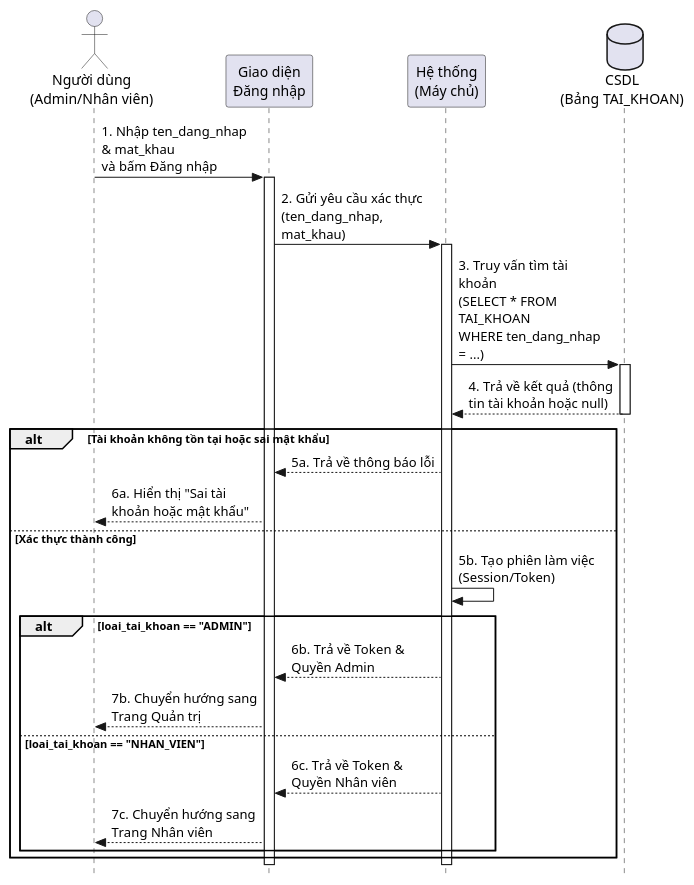
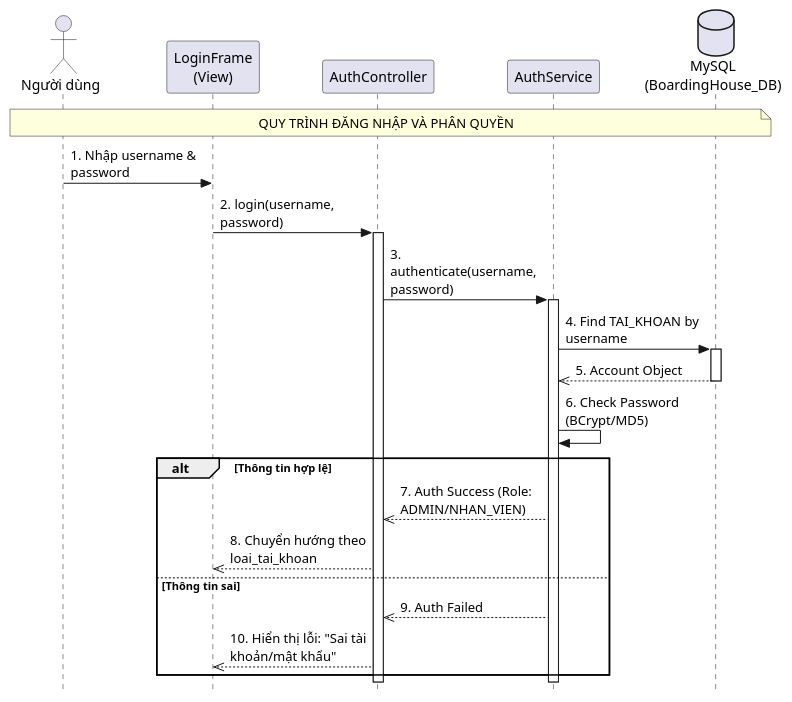
One commit to ongming/Boarding-House-Management-System changed the diagram in src/main/java/com/example/house/uml/sequence/sequence_login.puml. Above: the diagram before and after it, drawn with PlantUML. The commit also changed 25 other files, not shown here.

Commit message:
Cập nhật UML chuẩn

```diff
--- a/src/main/java/com/example/house/uml/sequence/sequence_login.puml
+++ b/src/main/java/com/example/house/uml/sequence/sequence_login.puml
@@ -1,38 +1,37 @@
 @startuml
 skinparam style strictuml
 skinparam maxMessageSize 150
 
-actor "Người dùng\n(Admin/Nhân viên)" as User
-participant "Giao diện\nĐăng nhập" as UI
-participant "Hệ thống\n(Máy chủ)" as Server
-database "CSDL\n(Bảng TAI_KHOAN)" as DB
+actor "Người dùng" as User
+participant "LoginFrame\n(View)" as View
+participant "AuthController" as Controller
+participant "AuthService" as Service
+database "MySQL\n(BoardingHouse_DB)" as DB
 
-User -> UI : 1. Nhập ten_dang_nhap & mat_khau\nvà bấm Đăng nhập
-activate UI
+Note over User, DB: QUY TRÌNH ĐĂNG NHẬP VÀ PHÂN QUYỀN
 
-UI -> Server : 2. Gửi yêu cầu xác thực\n(ten_dang_nhap, mat_khau)
-activate Server
+User -> View : 1. Nhập username & password
+View -> Controller : 2. login(username, password)
+activate Controller
 
-Server -> DB : 3. Truy vấn tìm tài khoản\n(SELECT * FROM TAI_KHOAN\nWHERE ten_dang_nhap = ...)
+Controller -> Service : 3. authenticate(username, password)
+activate Service
+
+Service -> DB : 4. Find TAI_KHOAN by username
 activate DB
-DB --> Server : 4. Trả về kết quả (thông tin tài khoản hoặc null)
+DB -->> Service : 5. Account Object
 deactivate DB
 
-alt Tài khoản không tồn tại hoặc sai mật khẩu
-    Server --> UI : 5a. Trả về thông báo lỗi
-    UI --> User : 6a. Hiển thị "Sai tài khoản hoặc mật khẩu"
-else Xác thực thành công
-    Server -> Server : 5b. Tạo phiên làm việc (Session/Token)
+Service -> Service : 6. Check Password (BCrypt/MD5)
 
-    alt loai_tai_khoan == "ADMIN"
-        Server --> UI : 6b. Trả về Token & Quyền Admin
-        UI --> User : 7b. Chuyển hướng sang Trang Quản trị
-    else loai_tai_khoan == "NHAN_VIEN"
-        Server --> UI : 6c. Trả về Token & Quyền Nhân viên
-        UI --> User : 7c. Chuyển hướng sang Trang Nhân viên
-    end
+alt Thông tin hợp lệ
+    Service -->> Controller : 7. Auth Success (Role: ADMIN/NHAN_VIEN)
+    Controller -->> View : 8. Chuyển hướng theo loai_tai_khoan
+else Thông tin sai
+    Service -->> Controller : 9. Auth Failed
+    Controller -->> View : 10. Hiển thị lỗi: "Sai tài khoản/mật khẩu"
 end
 
-deactivate Server
-deactivate UI
+deactivate Service
+deactivate Controller
 @enduml
```
